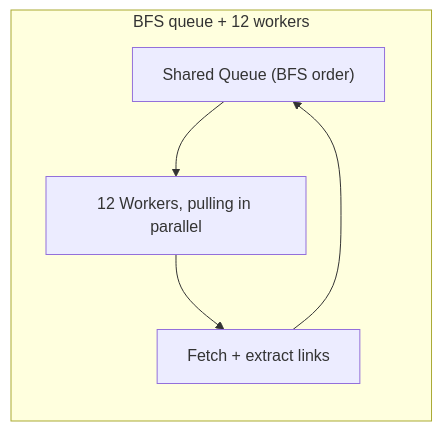
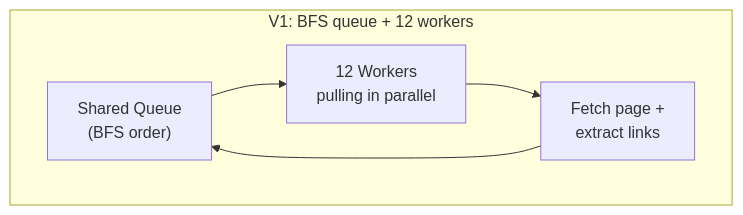
The second of 16 diagrams in system-design/HLD/0-course/35-Web-Crawler-FAANG-Guide-story.md (riyaz-pasha/Learnings), drawn with Mermaid before and after one commit. The commit also changed other lines of this file and 5 other files, not shown here.

Commit message:
[REWRITE] Design Newsfeed story guide: simplify prose, add structure, fix diagrams

````diff
--- a/system-design/HLD/0-course/35-Web-Crawler-FAANG-Guide-story.md
+++ b/system-design/HLD/0-course/35-Web-Crawler-FAANG-Guide-story.md
@@ -36,7 +143,9 @@
 ```mermaid
 flowchart LR
-    subgraph V1["BFS queue + 12 workers"]
-        direction TB
-        Q["Shared Queue (BFS order)"] --> W["12 Workers, pulling in parallel"] --> F["Fetch + extract links"] --> Q
+    subgraph V1["V1: BFS queue + 12 workers"]
+        direction LR
+        Q["Shared Queue<br/>(BFS order)"] --> W["12 Workers<br/>pulling in parallel"]
+        W --> F["Fetch page +<br/>extract links"]
+        F --> Q
     end
 ```
````
